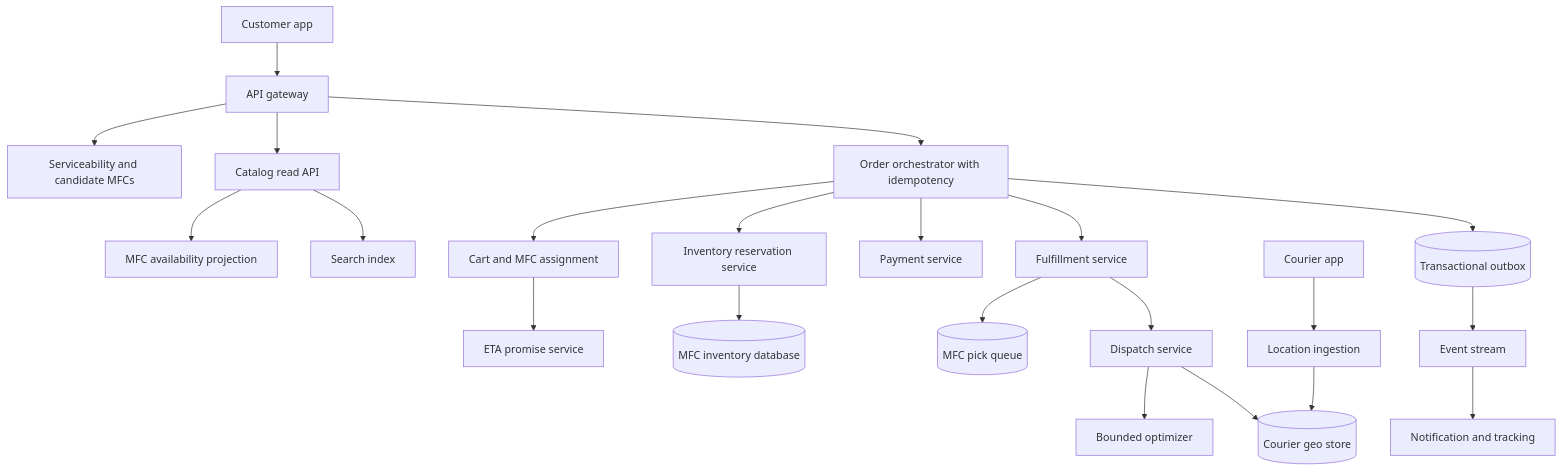
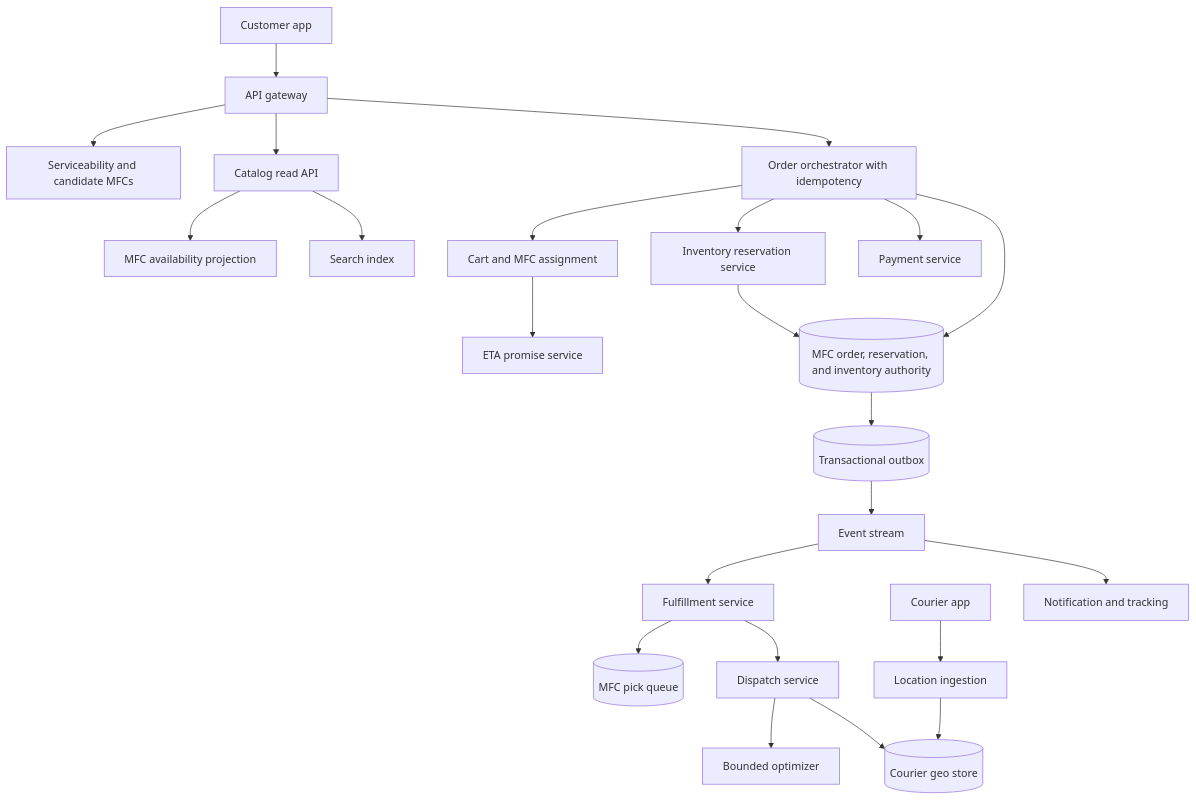
Before and after one commit to Pranshu258/system-design: the second of 5 diagrams in local-delivery-system-design.md, drawn with Mermaid. The commit also changed other lines of this file and 23 other files, not shown here.

````diff
--- a/local-delivery-system-design.md
+++ b/local-delivery-system-design.md
@@ -168,24 +168,25 @@
 ```mermaid
 flowchart TD
     App["Customer app"] --> Gateway["API gateway"]
     Gateway --> Serviceability["Serviceability and candidate MFCs"]
     Gateway --> Catalog["Catalog read API"]
     Catalog --> Projection["MFC availability projection"]
     Catalog --> Search["Search index"]
     Gateway --> Order["Order orchestrator with idempotency"]
     Order --> Assign["Cart and MFC assignment"]
     Assign --> Eta["ETA promise service"]
     Order --> Inventory["Inventory reservation service"]
-    Inventory --> InvDb[("MFC inventory database")]
+    Inventory --> InvDb[("MFC order, reservation, and inventory authority")]
+    Order --> InvDb
     Order --> Payment["Payment service"]
-    Order --> Fulfillment["Fulfillment service"]
+    Events --> Fulfillment["Fulfillment service"]
     Fulfillment --> PickQueue[("MFC pick queue")]
     Fulfillment --> Dispatch["Dispatch service"]
     Dispatch --> Optimizer["Bounded optimizer"]
     Dispatch --> Geo[("Courier geo store")]
     Courier["Courier app"] --> Location["Location ingestion"]
     Location --> Geo
-    Order --> Outbox[("Transactional outbox")]
+    InvDb --> Outbox[("Transactional outbox")]
     Outbox --> Events["Event stream"]
     Events --> Notify["Notification and tracking"]
 ```
````
